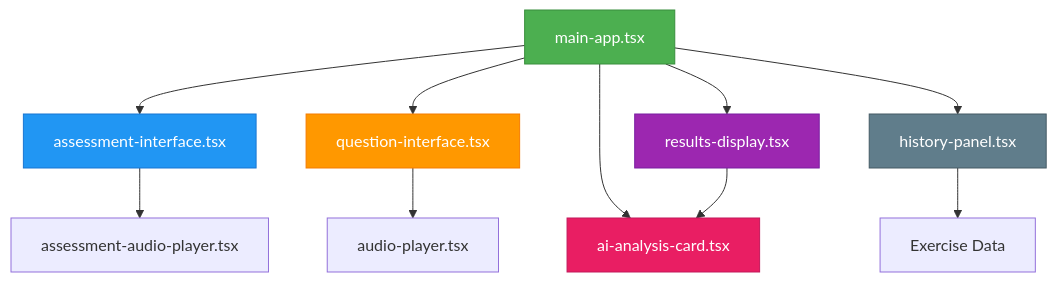
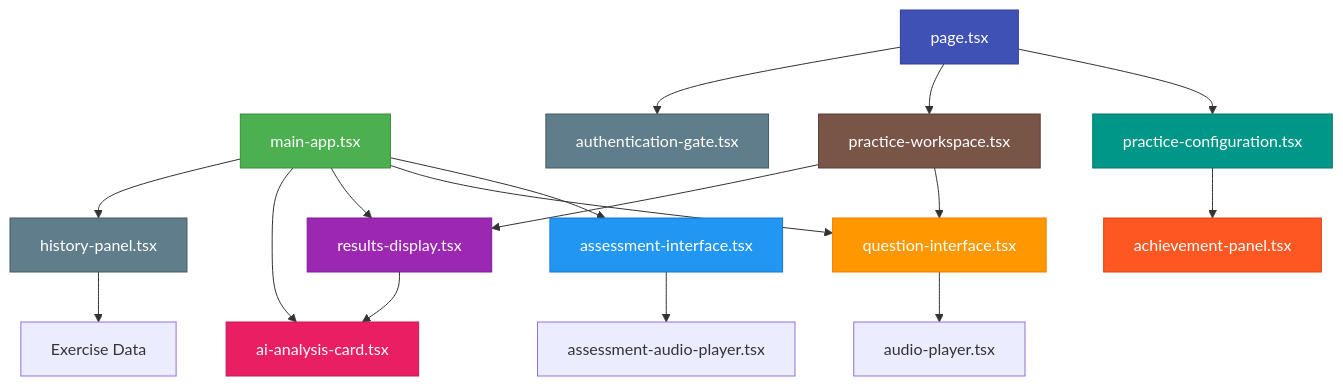
One commit to arthurlee116/english-listening-trainer changed the fourth of 4 diagrams in .qoder/repowiki/zh/content/前端架构/组件体系.md. Above: the diagram before and after it, drawn with Mermaid. The commit also changed other lines of this file and 58 other files, not shown here.

````diff
--- a/.qoder/repowiki/zh/content/前端架构/组件体系.md
+++ b/.qoder/repowiki/zh/content/前端架构/组件体系.md
@@ -155,18 +220,29 @@
 ```mermaid
 graph TB
 MainApp[main-app.tsx] --> AssessmentInterface[assessment-interface.tsx]
 MainApp --> QuestionInterface[question-interface.tsx]
 MainApp --> ResultsDisplay[results-display.tsx]
 MainApp --> AIAnalysisCard[ai-analysis-card.tsx]
 MainApp --> HistoryPanel[history-panel.tsx]
 AssessmentInterface --> AssessmentAudioPlayer[assessment-audio-player.tsx]
 QuestionInterface --> AudioPlayer[audio-player.tsx]
 ResultsDisplay --> AIAnalysisCard
 HistoryPanel --> ExerciseData[Exercise Data]
+HomePage[page.tsx] --> PracticeConfiguration[practice-configuration.tsx]
+HomePage --> PracticeWorkspace[practice-workspace.tsx]
+HomePage --> AuthenticationGate[authentication-gate.tsx]
+PracticeConfiguration --> AchievementPanel[achievement-panel.tsx]
+PracticeWorkspace --> QuestionInterface
+PracticeWorkspace --> ResultsDisplay
 style MainApp fill:#4CAF50,stroke:#388E3C,color:white
 style AssessmentInterface fill:#2196F3,stroke:#1976D2,color:white
 style QuestionInterface fill:#FF9800,stroke:#F57C00,color:white
 style ResultsDisplay fill:#9C27B0,stroke:#7B1FA2,color:white
 style AIAnalysisCard fill:#E91E63,stroke:#C2185B,color:white
 style HistoryPanel fill:#607D8B,stroke:#455A64,color:white
+style HomePage fill:#3F51B5,stroke:#303F9F,color:white
+style PracticeConfiguration fill:#009688,stroke:#00796B,color:white
+style PracticeWorkspace fill:#795548,stroke:#5D4037,color:white
+style AuthenticationGate fill:#607D8B,stroke:#455A64,color:white
+style AchievementPanel fill:#FF5722,stroke:#D84315,color:white
 ```
````
